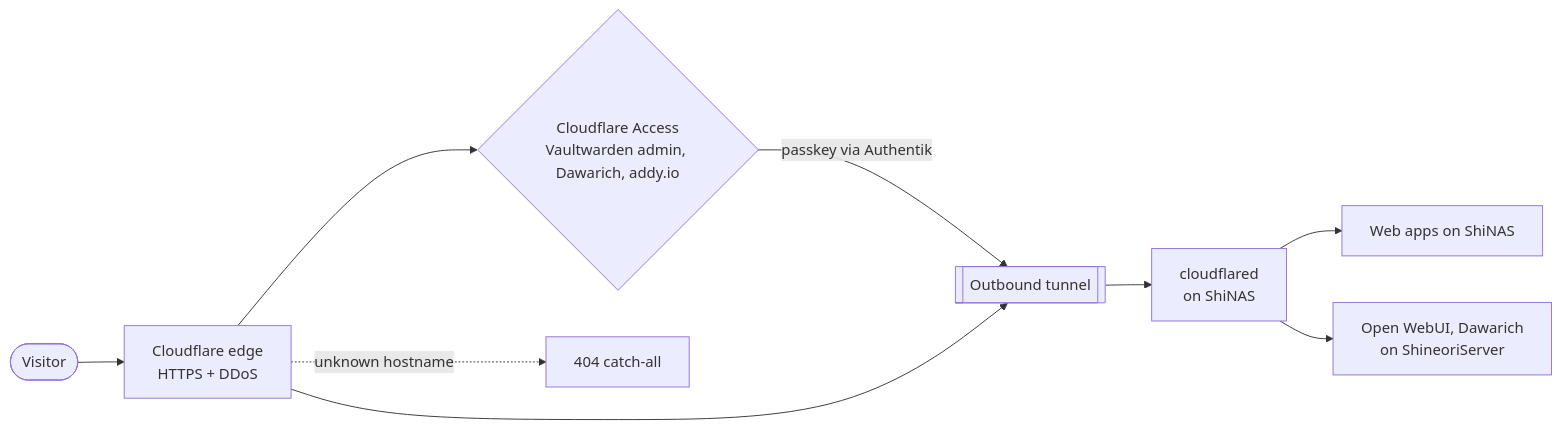
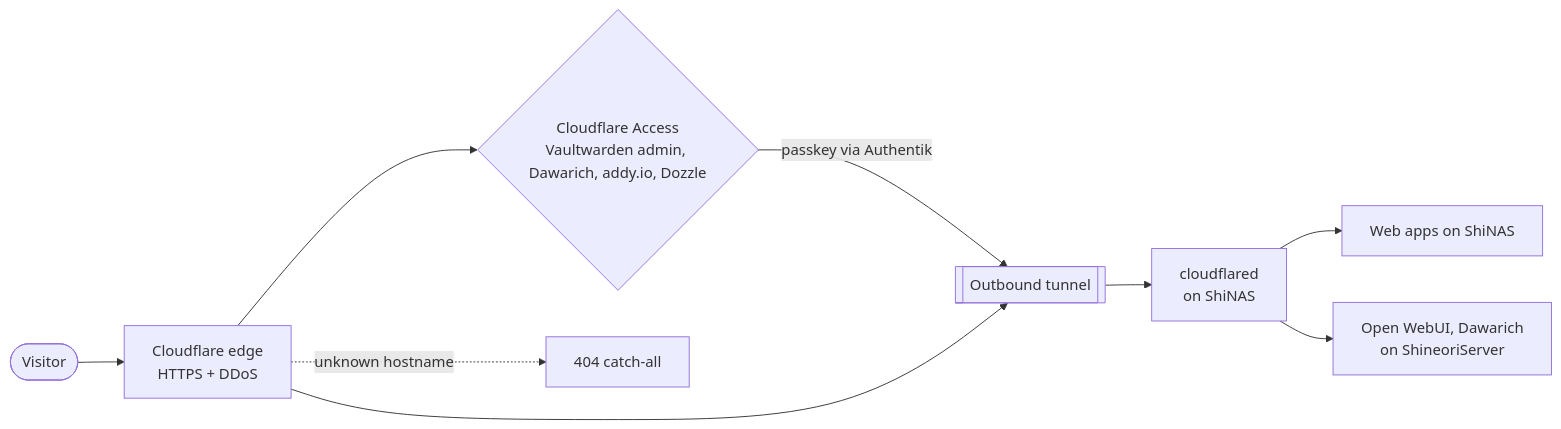
The first of 2 diagrams in docs/services/cloudflared.md (Shineori/homelab), drawn with Mermaid before and after one commit. The commit also changed other lines of this file and 5 other files, not shown here.

Commit message:
Dozzle: publish through the tunnel behind Cloudflare Access

````diff
--- a/docs/services/cloudflared.md
+++ b/docs/services/cloudflared.md
@@ -24,11 +24,11 @@
 ```mermaid
 flowchart LR
     v([Visitor]) --> edge[Cloudflare edge<br/>HTTPS + DDoS]
-    edge --> acc{Cloudflare Access<br/>Vaultwarden admin, Dawarich, addy.io}
+    edge --> acc{Cloudflare Access<br/>Vaultwarden admin, Dawarich, addy.io, Dozzle}
     acc -- passkey via Authentik --> tun
     edge --> tun[[Outbound tunnel]]
     tun --> cfd[cloudflared<br/>on ShiNAS]
     cfd --> apps[Web apps on ShiNAS]
     cfd --> ai[Open WebUI, Dawarich<br/>on ShineoriServer]
     edge -. unknown hostname .-> x[404 catch-all]
 ```
````
